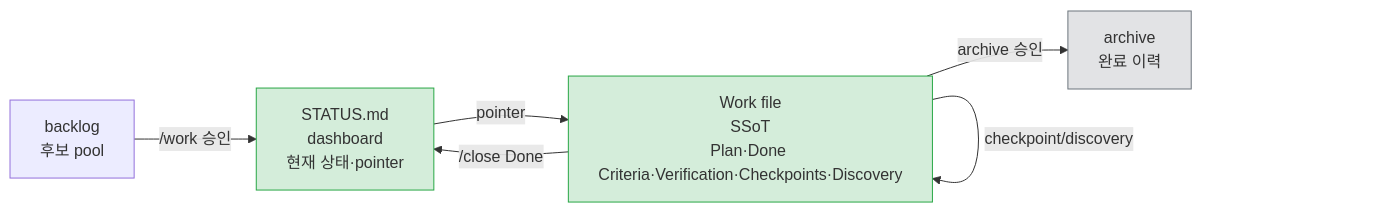
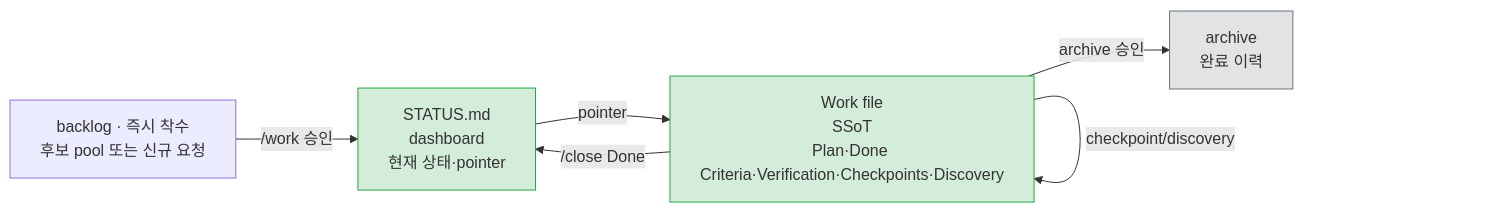
The fifth of 7 diagrams in README.md (kyungseo/ai-workflow-harness), drawn with Mermaid before and after one commit. The commit also changed other lines of this file, not shown here.

First line of the commit message:
docs: README 현행화 — 다이어그램 보정, 사용자 언어 개선, 협업 구조 다이어그램 추가

````diff
--- a/README.md
+++ b/README.md
@@ -263,17 +332,17 @@
 ```mermaid
 flowchart LR
     STATUS["STATUS.md\ndashboard\n현재 상태·pointer"]
     WORK["Work file\nSSoT\nPlan·Done Criteria·Verification·Checkpoints·Discovery"]
-    BACKLOG["backlog\n후보 pool"]
+    BACKLOG["backlog · 즉시 착수\n후보 pool 또는 신규 요청"]
     ARCHIVE["archive\n완료 이력"]
 
     BACKLOG -->|"/work 승인"| STATUS
     STATUS -->|"pointer"| WORK
     WORK -->|"checkpoint/discovery"| WORK
     WORK -->|"/close Done"| STATUS
     WORK -->|"archive 승인"| ARCHIVE
 
     style STATUS fill:#d4edda,stroke:#28a745
     style WORK fill:#d4edda,stroke:#28a745
     style ARCHIVE fill:#e2e3e5,stroke:#6c757d
 ```
````
